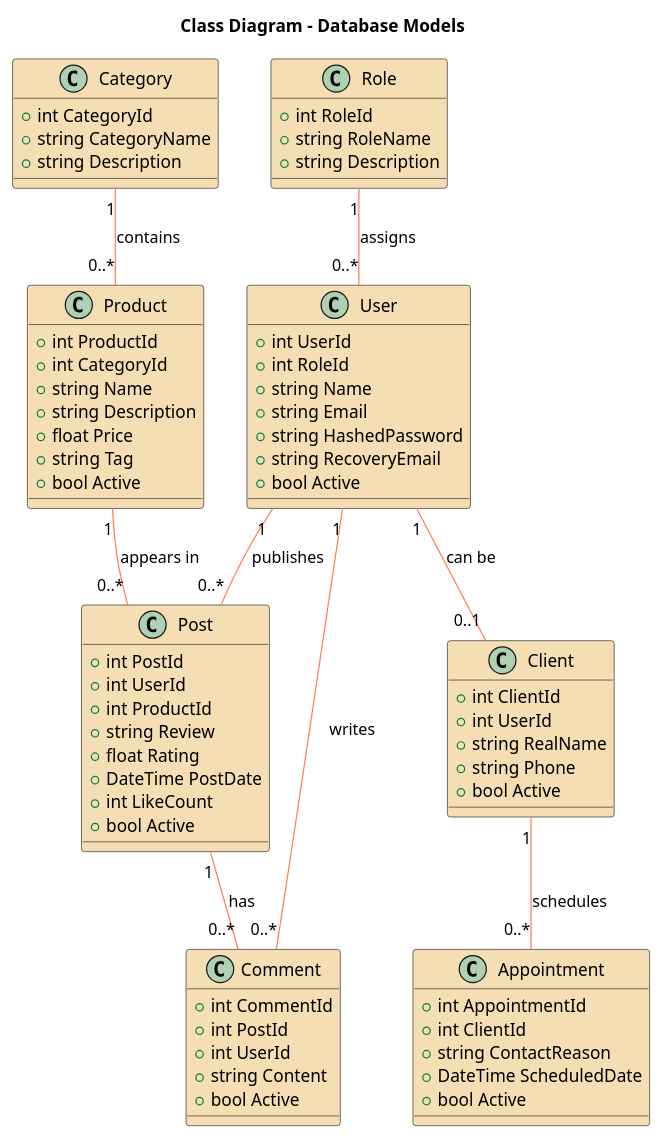
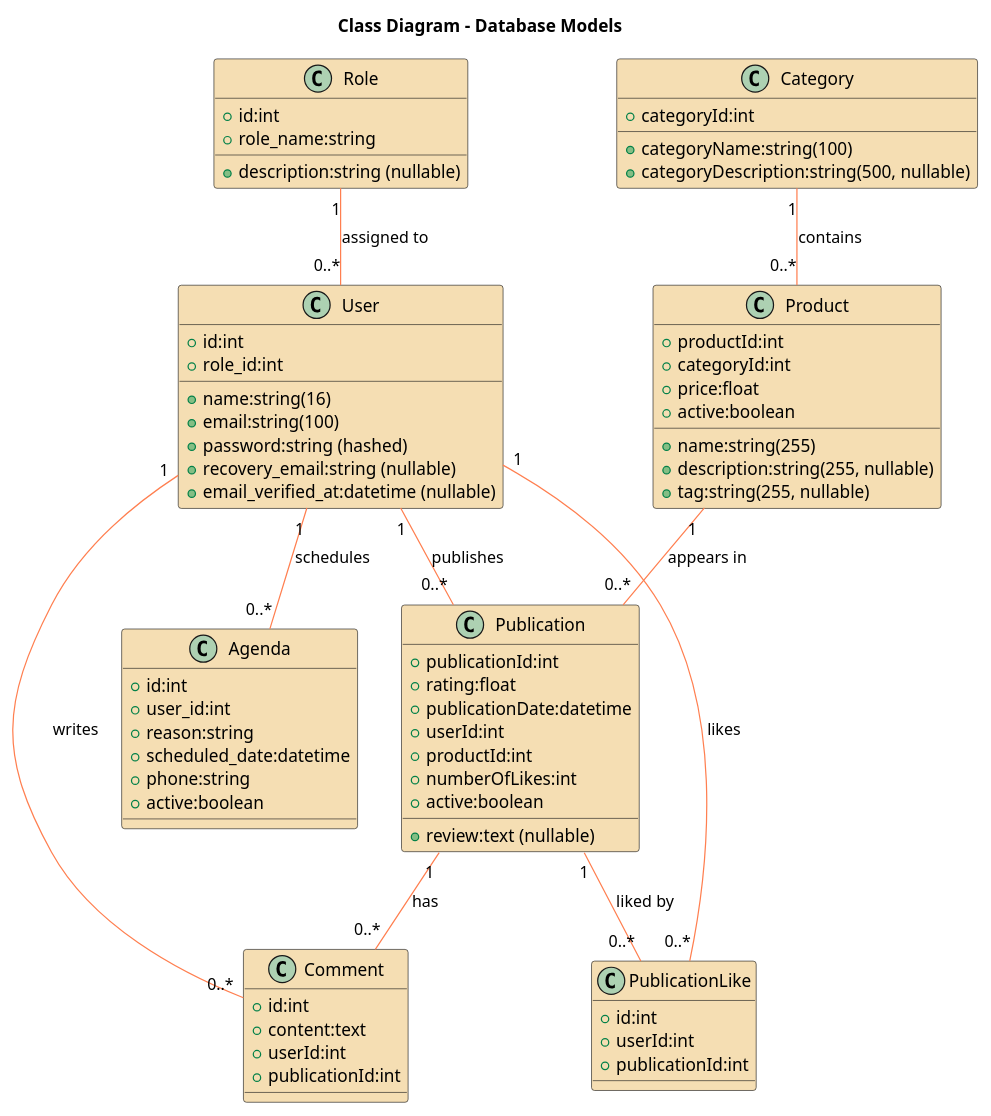
Before and after one commit to SebastianGalvez02/sans-inc: the diagram in docs/DC_refactor.puml, drawn with PlantUML. The commit also changed 1 other file, not shown here.

Commit message:
docs: actualiza diagramas de dominio y clases refactorizadas
Refleja el nuevo modelo de datos (Publication, PublicationLike, Agenda) y agrega el diagrama de dominio.

```diff
--- a/docs/DC_refactor.puml
+++ b/docs/DC_refactor.puml
@@ -1,86 +1,84 @@
 @startuml
 title Class Diagram - Database Models
 
 skinparam class {
     BackgroundColor wheat
     ArrowColor Coral
 }
 
-
 class Role {
-  +int RoleId
-  +string RoleName
-  +string Description
+  +id:int
+  +role_name:string
+  +description:string (nullable)
 }
 
 class User {
-  +int UserId
-  +int RoleId
-  +string Name
-  +string Email
-  +string HashedPassword
-  +string RecoveryEmail
-  +bool Active
-}
-
-class Client {
-  +int ClientId
-  +int UserId
-  +string RealName
-  +string Phone
-  +bool Active
+  +id:int
+  +role_id:int
+  +name:string(16)
+  +email:string(100)
+  +password:string (hashed)
+  +recovery_email:string (nullable)
+  +email_verified_at:datetime (nullable)
 }
 
 class Category {
-  +int CategoryId
-  +string CategoryName
-  +string Description
+  +categoryId:int
+  +categoryName:string(100)
+  +categoryDescription:string(500, nullable)
 }
 
 class Product {
-  +int ProductId
-  +int CategoryId
-  +string Name
-  +string Description
-  +float Price
-  +string Tag
-  +bool Active
+  +productId:int
+  +categoryId:int
+  +name:string(255)
+  +description:string(255, nullable)
+  +price:float
+  +tag:string(255, nullable)
+  +active:boolean
 }
 
-class Post {
-  +int PostId
-  +int UserId
-  +int ProductId
-  +string Review
-  +float Rating
-  +DateTime PostDate
-  +int LikeCount
-  +bool Active
+class Publication {
+  +publicationId:int
+  +rating:float
+  +publicationDate:datetime
+  +userId:int
+  +productId:int
+  +numberOfLikes:int
+  +active:boolean
+  +review:text (nullable)
 }
 
 class Comment {
-  +int CommentId
-  +int PostId
-  +int UserId
-  +string Content
-  +bool Active
+  +id:int
+  +content:text
+  +userId:int
+  +publicationId:int
 }
 
-class Appointment {
-  +int AppointmentId
-  +int ClientId
-  +string ContactReason
-  +DateTime ScheduledDate
-  +bool Active
+class PublicationLike {
+  +id:int
+  +userId:int
+  +publicationId:int
 }
 
-Role "1" -- "0..*" User : assigns
-User "1" -- "0..1" Client : can be
+class Agenda {
+  +id:int
+  +user_id:int
+  +reason:string
+  +scheduled_date:datetime
+  +phone:string
+  +active:boolean
+}
+
+Role "1" -- "0..*" User : assigned to
 Category "1" -- "0..*" Product : contains
-User "1" -- "0..*" Post : publishes
-Product "1" -- "0..*" Post : appears in
+Product "1" -- "0..*" Publication : appears in
+User "1" -- "0..*" Publication : publishes
 User "1" -- "0..*" Comment : writes
-Post "1" -- "0..*" Comment : has
-Client "1" -- "0..*" Appointment : schedules
+Publication "1" -- "0..*" Comment : has
+User "1" -- "0..*" PublicationLike : likes
+Publication "1" -- "0..*" PublicationLike : liked by
+User "1" -- "0..*" Agenda : schedules
 
 @enduml
```
